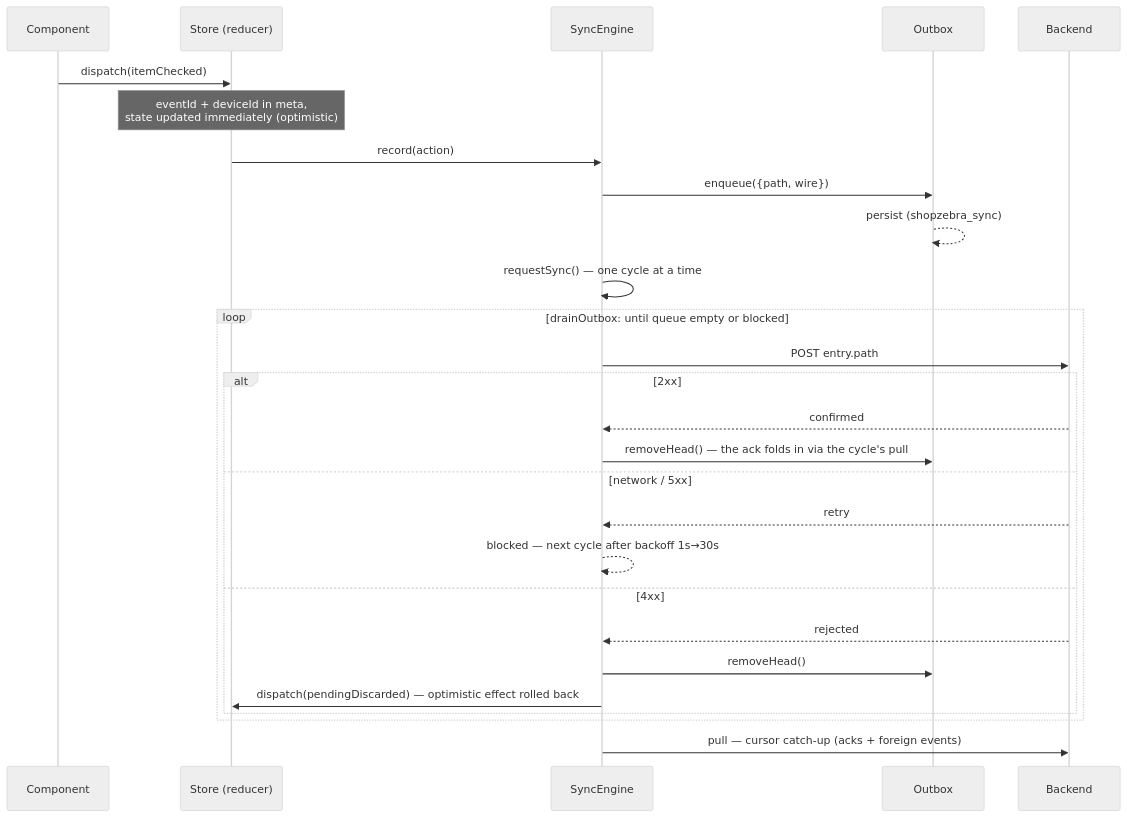
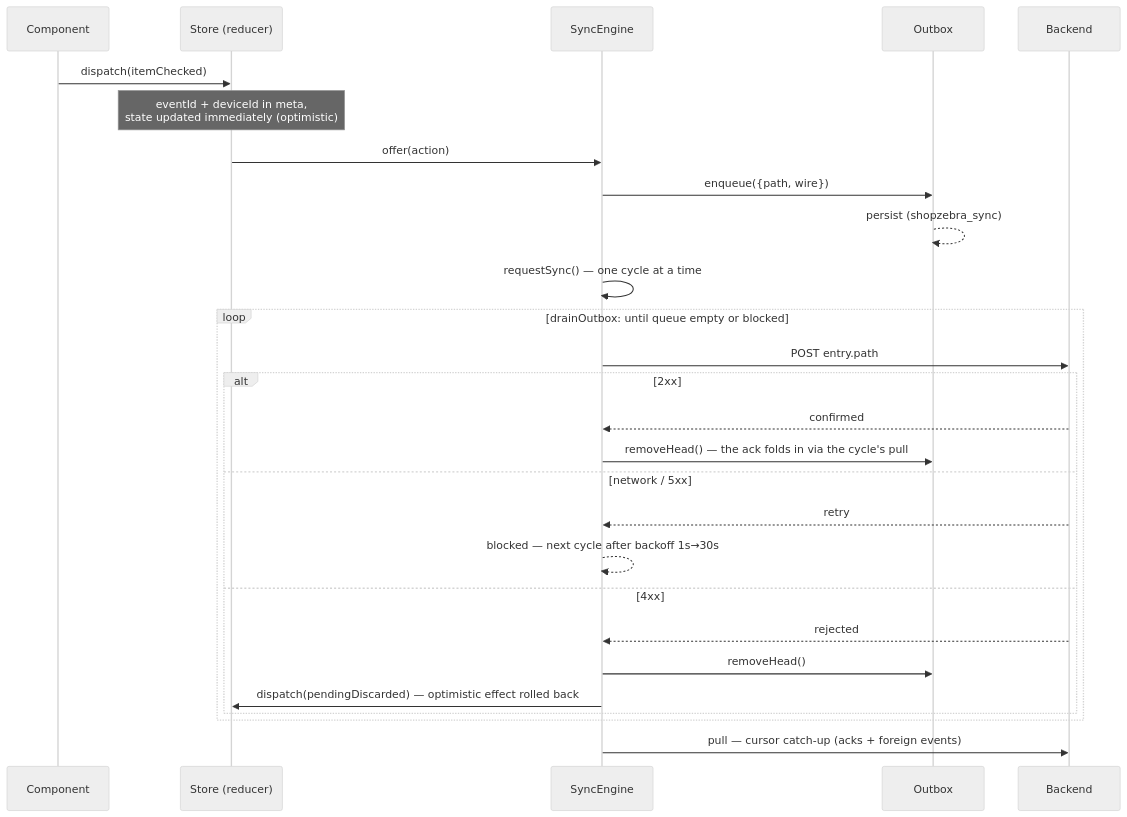
One commit to chrba/shopzebra changed the third of 5 diagrams in apps/mobile/src/app/sync/README.md. Above: the diagram before and after it, drawn with Mermaid (neutral theme). The commit also changed other lines of this file and 12 other files, not shown here.

````diff
--- a/apps/mobile/src/app/sync/README.md
+++ b/apps/mobile/src/app/sync/README.md
@@ -111,30 +107,30 @@
 ```mermaid
 sequenceDiagram
     participant C as Component
     participant S as Store (reducer)
     participant E as SyncEngine
     participant O as Outbox
     participant B as Backend
 
     C->>S: dispatch(itemChecked)
     Note over S: eventId + deviceId in meta,<br/>state updated immediately (optimistic)
-    S->>E: record(action)
+    S->>E: offer(action)
     E->>O: enqueue({path, wire})
     O-->>O: persist (shopzebra_sync)
     E->>E: requestSync() — one cycle at a time
     loop drainOutbox: until queue empty or blocked
         E->>B: POST entry.path
         alt 2xx
             B-->>E: confirmed
             E->>O: removeHead() — the ack folds in via the cycle's pull
         else network / 5xx
             B-->>E: retry
             E-->>E: blocked — next cycle after backoff 1s→30s
         else 4xx
             B-->>E: rejected
             E->>O: removeHead()
             E->>S: dispatch(pendingDiscarded) — optimistic effect rolled back
         end
     end
     E->>B: pull — cursor catch-up (acks + foreign events)
 ```
````
